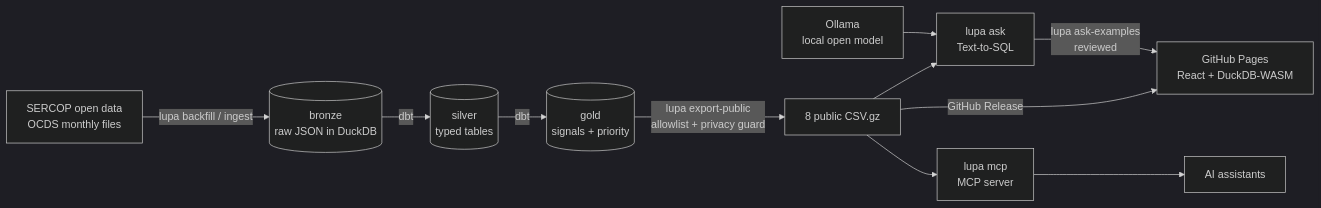
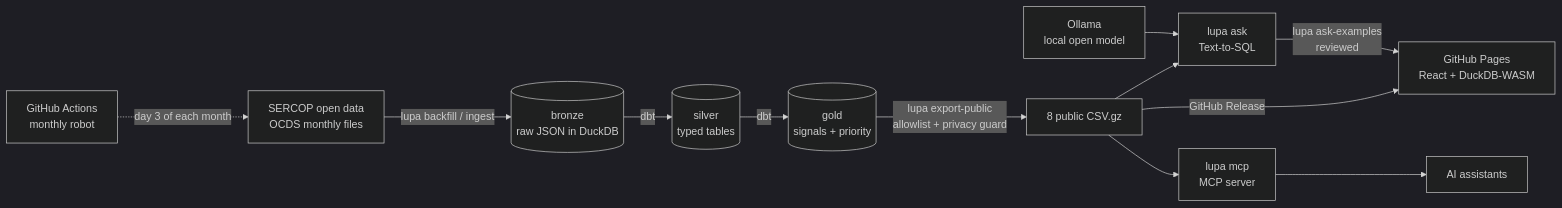
One commit to Fabricioanchundia/IA-Lupa-publica changed the diagram in README.md. Above: the diagram before and after it, drawn with Mermaid (dark theme). The commit also changed other lines of this file and 3 other files, not shown here.

````diff
--- a/README.md
+++ b/README.md
@@ -53,12 +60,13 @@
 ```mermaid
 flowchart LR
+    R[GitHub Actions<br/>monthly robot] -.->|day 3 of each month| S
     S[SERCOP open data<br/>OCDS monthly files] -->|lupa backfill / ingest| B[(bronze<br/>raw JSON in DuckDB)]
     B -->|dbt| SV[(silver<br/>typed tables)]
     SV -->|dbt| G[(gold<br/>signals + priority)]
     G -->|lupa export-public<br/>allowlist + privacy guard| P[8 public CSV.gz]
     P -->|GitHub Release| GH[GitHub Pages<br/>React + DuckDB-WASM]
     P --> A[lupa ask<br/>Text-to-SQL]
     O[Ollama<br/>local open model] --> A
     A -->|lupa ask-examples<br/>reviewed| GH
     P --> M[lupa mcp<br/>MCP server] --> AI[AI assistants]
 ```
````
